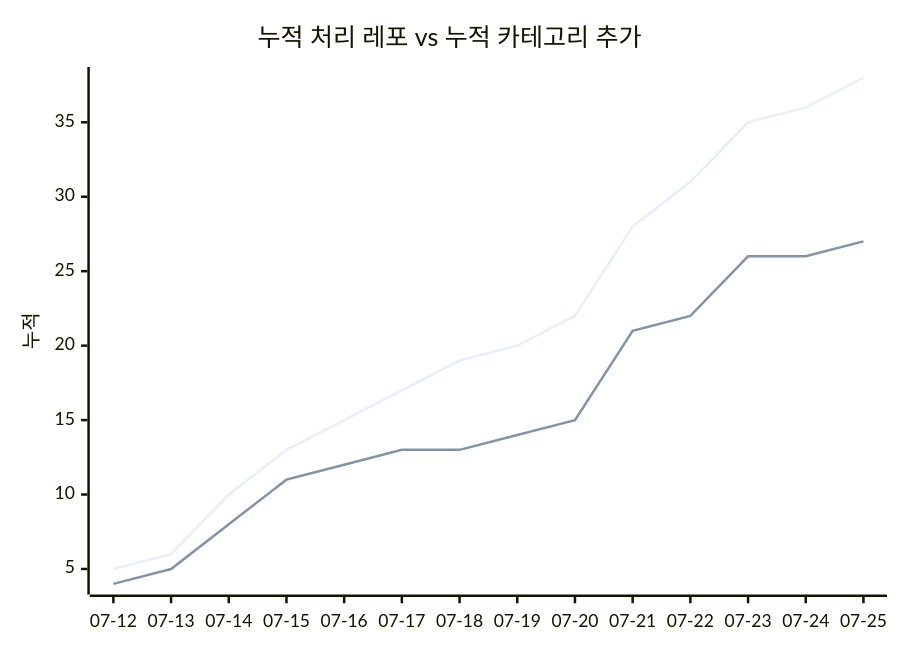
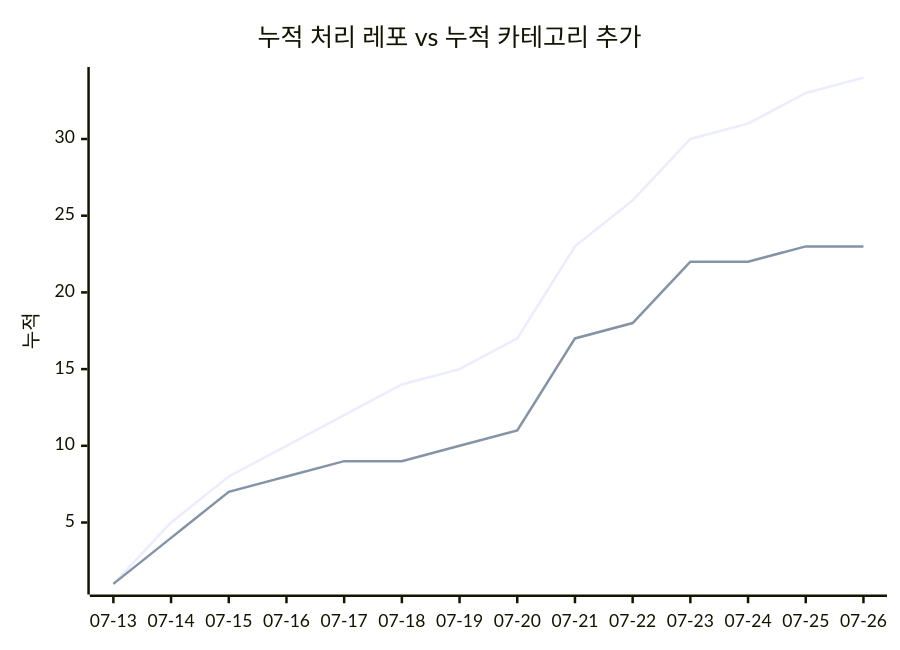
The second of 2 diagrams in docs/trends.md (J-nowcow/awesome-korean-agent-skills), drawn with Mermaid before and after one commit. The commit also changed other lines of this file and 27 other files, not shown here.

````diff
--- a/docs/trends.md
+++ b/docs/trends.md
@@ -68,8 +68,8 @@
 ```mermaid
 xychart-beta
     title "누적 처리 레포 vs 누적 카테고리 추가"
-    x-axis ["07-12","07-13","07-14","07-15","07-16","07-17","07-18","07-19","07-20","07-21","07-22","07-23","07-24","07-25"]
+    x-axis ["07-13","07-14","07-15","07-16","07-17","07-18","07-19","07-20","07-21","07-22","07-23","07-24","07-25","07-26"]
     y-axis "누적"
-    line [5,6,10,13,15,17,19,20,22,28,31,35,36,38]
-    line [4,5,8,11,12,13,13,14,15,21,22,26,26,27]
+    line [1,5,8,10,12,14,15,17,23,26,30,31,33,34]
+    line [1,4,7,8,9,9,10,11,17,18,22,22,23,23]
 ```
````
